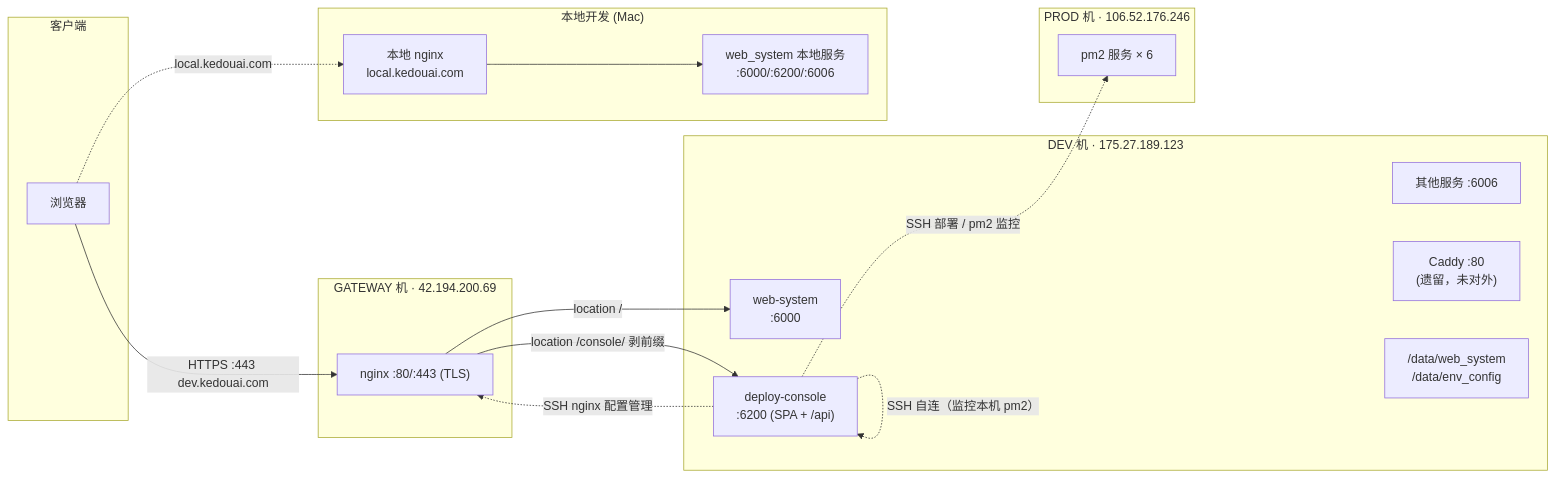
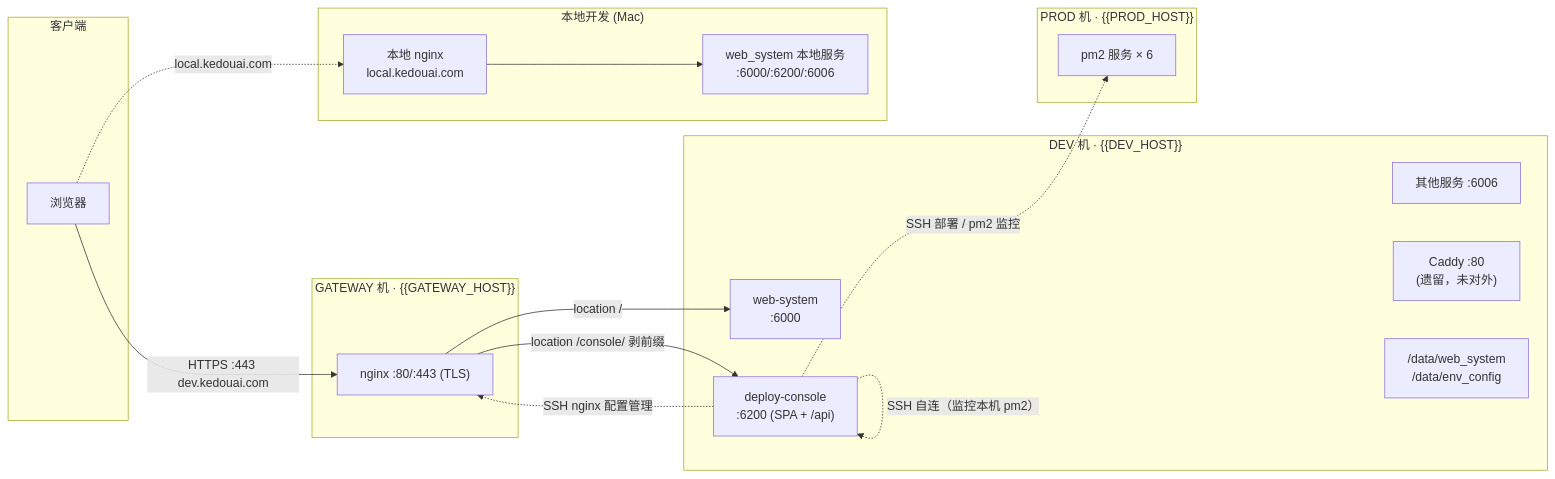
One commit to web5/web_system changed the diagram in docs/architecture/kedou-network-architecture.md. Above: the diagram before and after it, drawn with Mermaid. The commit also changed other lines of this file and 101 other files, not shown here.

````diff
--- a/docs/architecture/kedou-network-architecture.md
+++ b/docs/architecture/kedou-network-architecture.md
@@ -60,37 +60,37 @@
 ```mermaid
 flowchart LR
     subgraph client["客户端"]
         B["浏览器"]
     end
 
-    subgraph gw["GATEWAY 机 · 42.194.200.69"]
+    subgraph gw["GATEWAY 机 · {{GATEWAY_HOST}}"]
         NG["nginx :80/:443 (TLS)"]
     end
 
-    subgraph dev["DEV 机 · 175.27.189.123"]
+    subgraph dev["DEV 机 · {{DEV_HOST}}"]
         WS["web-system<br/>:6000"]
         DC["deploy-console<br/>:6200 (SPA + /api)"]
         O["其他服务 :6006"]
         CD["Caddy :80<br/>(遗留，未对外)"]
         DATA["/data/web_system<br/>/data/env_config"]
     end
 
-    subgraph prod["PROD 机 · 106.52.176.246"]
+    subgraph prod["PROD 机 · {{PROD_HOST}}"]
         P["pm2 服务 × 6"]
     end
 
     subgraph local["本地开发 (Mac)"]
         LNG["本地 nginx<br/>local.kedouai.com"]
         LS["web_system 本地服务<br/>:6000/:6200/:6006"]
         LNG --> LS
     end
 
     B -- "HTTPS :443 dev.kedouai.com" --> NG
     NG -- "location /" --> WS
     NG -- "location /console/ 剥前缀" --> DC
     B -. "local.kedouai.com" .-> LNG
 
     DC -. "SSH 自连（监控本机 pm2）" .-> DC
     DC -. "SSH 部署 / pm2 监控" .-> P
     DC -. "SSH nginx 配置管理" .-> NG
 ```
````
